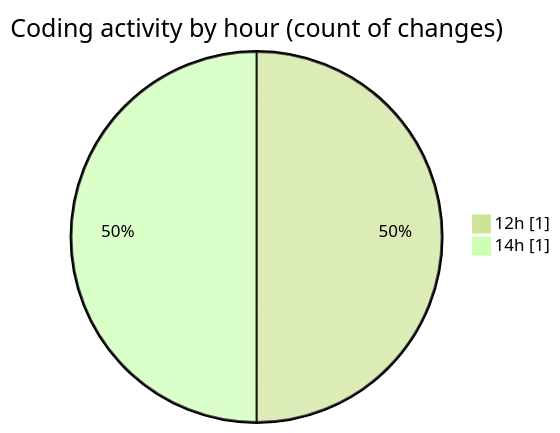
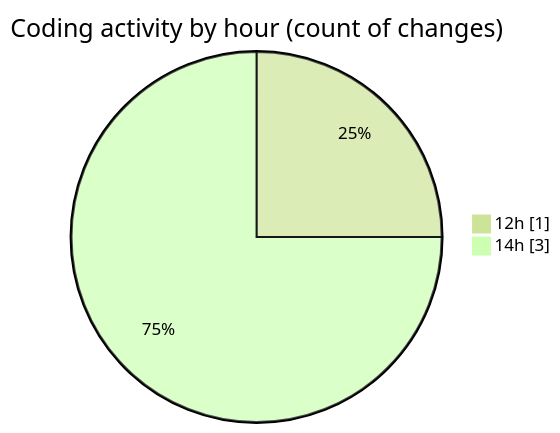
One commit to ricardozamudiocil/code-tracking changed the second of 2 diagrams in 2026-11-10/cilapp/README.md. Above: the diagram before and after it, drawn with Mermaid (forest theme). The commit also changed other lines of this file and 1 other file, not shown here.

````diff
--- a/2026-11-10/cilapp/README.md
+++ b/2026-11-10/cilapp/README.md
@@ -30,6 +31,6 @@
 ```mermaid
 pie showData
 title Coding activity by hour (count of changes)
 "12h" : 1
-"14h" : 1
+"14h" : 3
 ```
````
